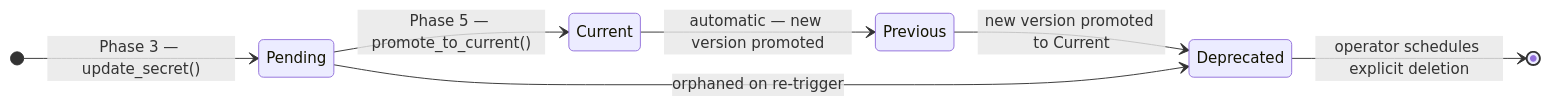
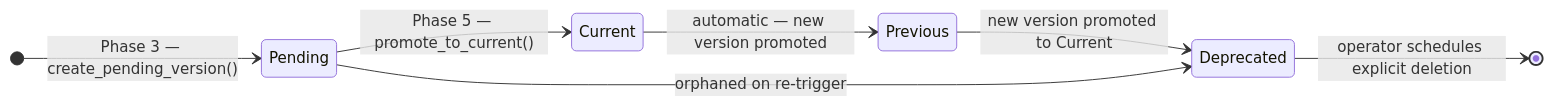
Before and after one commit to perspectivism/oci-secret-rotation: the diagram in docs/adr/0003-rotation-state-machine.md, drawn with Mermaid. The commit also changed 8 other files, not shown here.

Commit message:
docs: align diagrams, IAM rationale, and prose

````diff
--- a/docs/adr/0003-rotation-state-machine.md
+++ b/docs/adr/0003-rotation-state-machine.md
@@ -40,11 +40,11 @@
 ```mermaid
 stateDiagram-v2
     direction LR
-    [*] --> Pending : Phase 3 — update_secret()
+    [*] --> Pending : Phase 3 — create_pending_version()
     Pending --> Current : Phase 5 — promote_to_current()
     Current --> Previous : automatic — new version promoted
     Previous --> Deprecated : new version promoted to Current
     Deprecated --> [*] : operator schedules explicit deletion
 
     Pending --> Deprecated : orphaned on re-trigger
 ```
````
